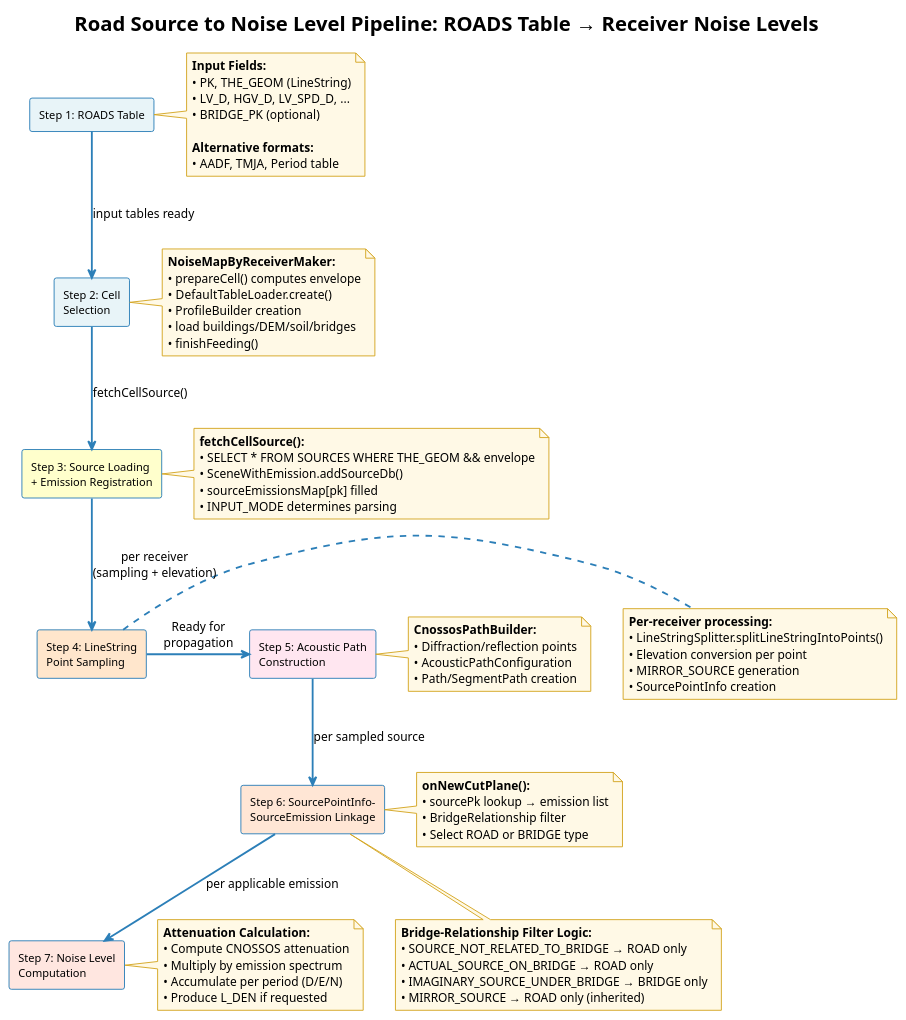
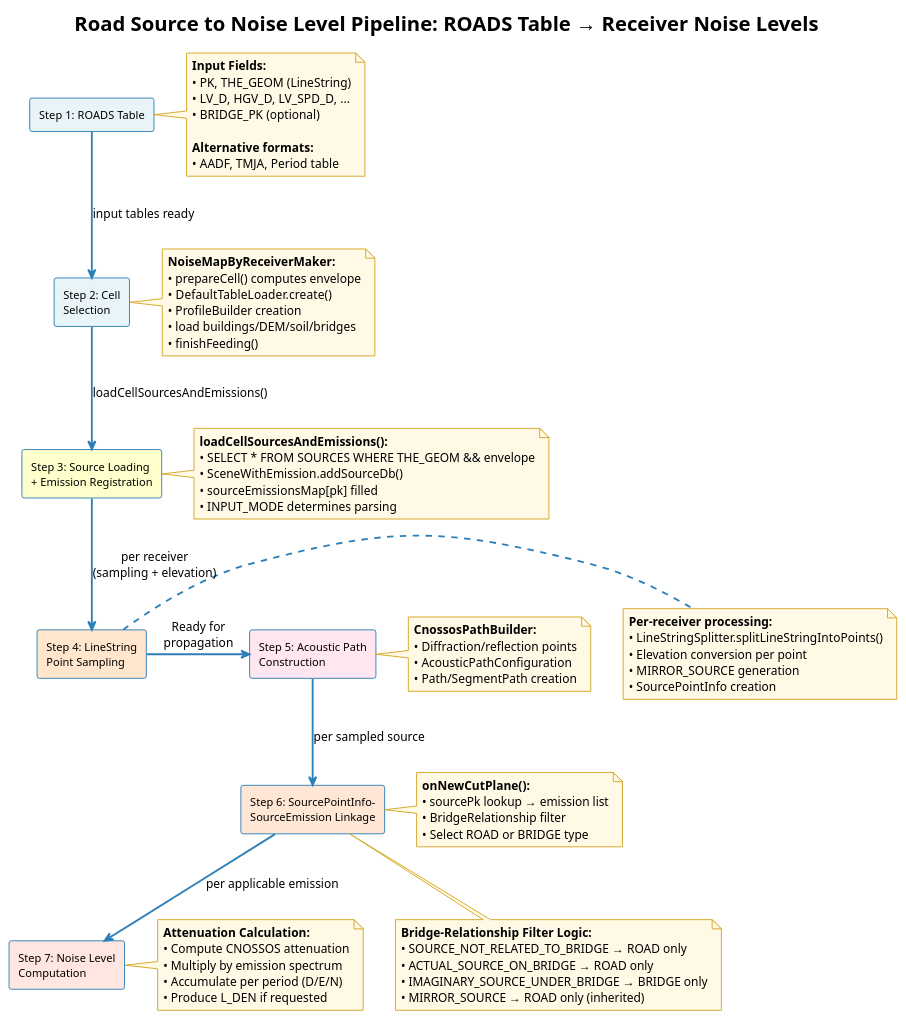
One commit to jtagusari/NoiseModelling changed the diagram in Docs-dev/source_algorithms.md. Above: the diagram before and after it, drawn with PlantUML. The commit also changed other lines of this file and 33 other files, not shown here.

```diff
--- a/Docs-dev/source_algorithms.md
+++ b/Docs-dev/source_algorithms.md
@@ -65,7 +65,7 @@
 
 rectangle "Step 3: Source Loading\n+ Emission Registration" as step3 #FFFFCC
 note right of step3
-  **fetchCellSource():**
+  **loadCellSourcesAndEmissions():**
   • SELECT * FROM SOURCES WHERE THE_GEOM && envelope
   • SceneWithEmission.addSourceDb()
   • sourceEmissionsMap[pk] filled
@@ -82,7 +82,7 @@
 end note
 
 step1 -down-> step2 : input tables ready
-step2 -down-> step3 : fetchCellSource()
+step2 -down-> step3 : loadCellSourcesAndEmissions()
 step3 -down-> step4 : per receiver\n(sampling + elevation)
 
 ' PHASE 2: Propagation Calculation
```
